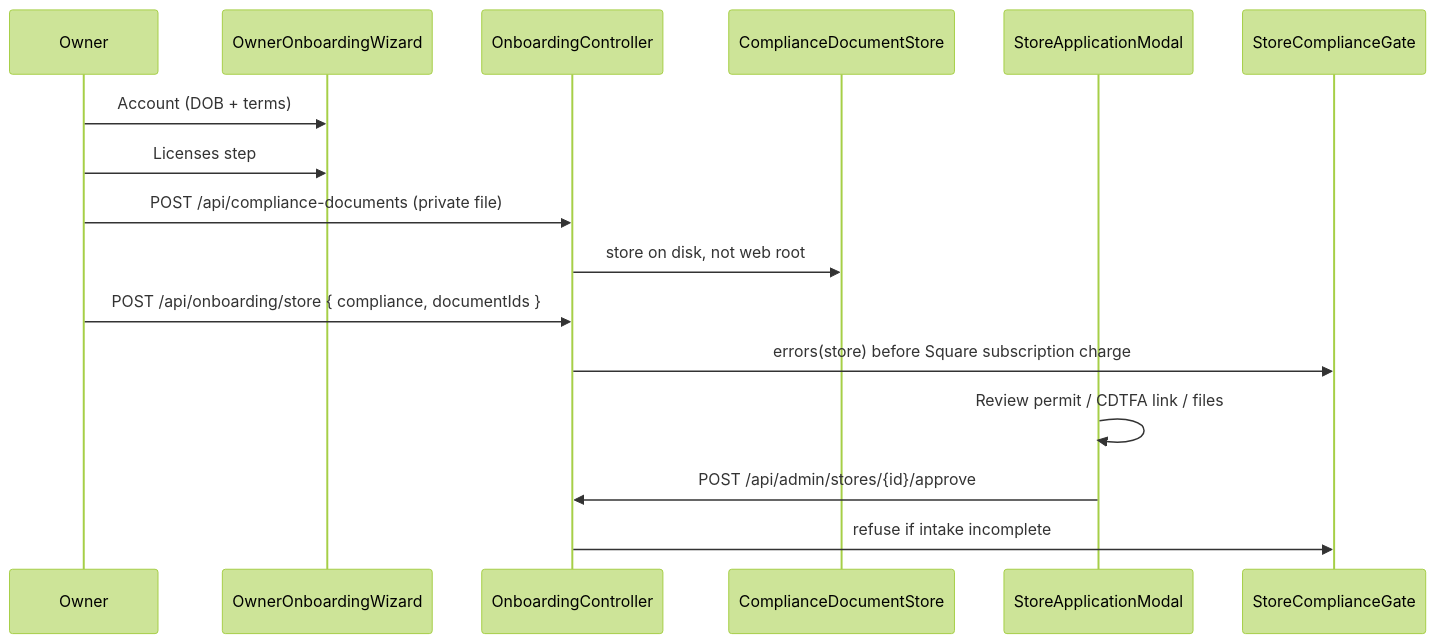
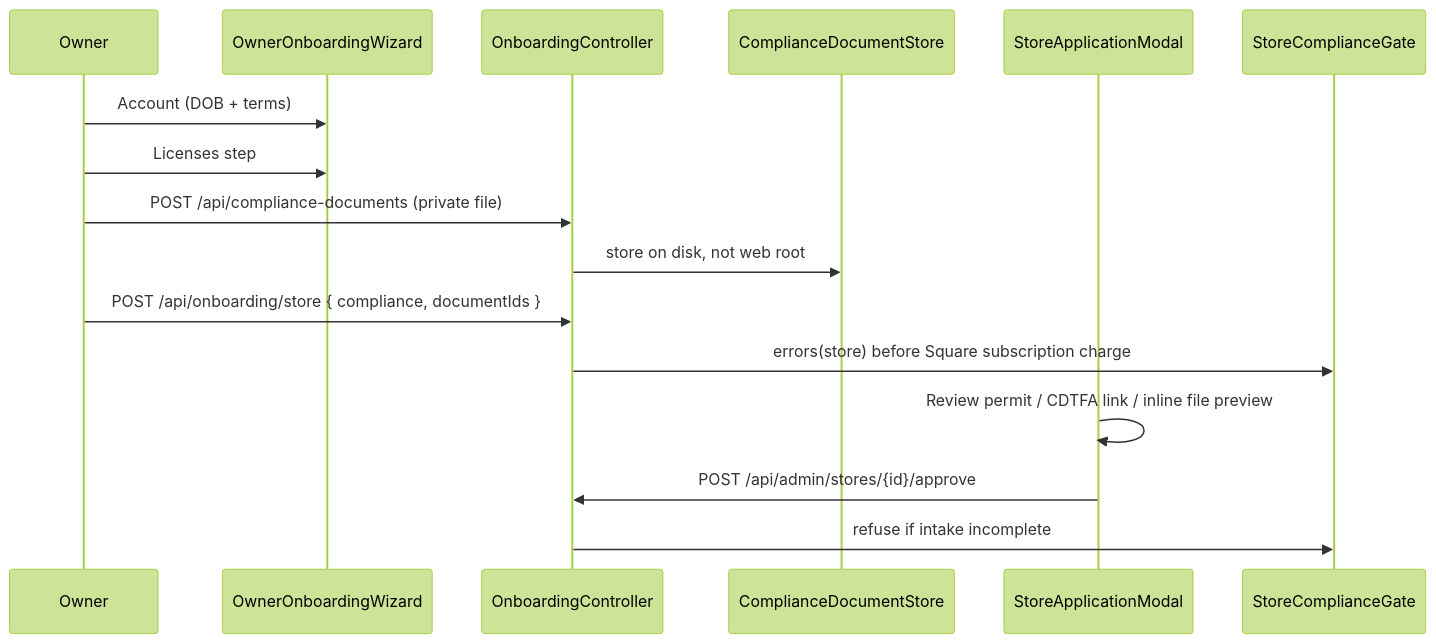
One commit to Game-Store-Solutions/Lgscardvault changed the second of 6 diagrams in architecture/compliance.md. Above: the diagram before and after it, drawn with Mermaid (forest theme). The commit also changed other lines of this file and 5 other files, not shown here.

First line of the commit message:
Show uploaded license files inline in the store review modal.

````diff
--- a/architecture/compliance.md
+++ b/architecture/compliance.md
@@ -155,19 +155,19 @@
 ```mermaid
 sequenceDiagram
     participant Owner
     participant Wiz as OwnerOnboardingWizard
     participant API as OnboardingController
     participant Docs as ComplianceDocumentStore
     participant Admin as StoreApplicationModal
     participant Gate as StoreComplianceGate
 
     Owner->>Wiz: Account (DOB + terms)
     Owner->>Wiz: Licenses step
     Owner->>API: POST /api/compliance-documents (private file)
     API->>Docs: store on disk, not web root
     Owner->>API: POST /api/onboarding/store { compliance, documentIds }
     API->>Gate: errors(store) before Square subscription charge
-    Admin->>Admin: Review permit / CDTFA link / files
+    Admin->>Admin: Review permit / CDTFA link / inline file preview
     Admin->>API: POST /api/admin/stores/{id}/approve
     API->>Gate: refuse if intake incomplete
 ```
````
